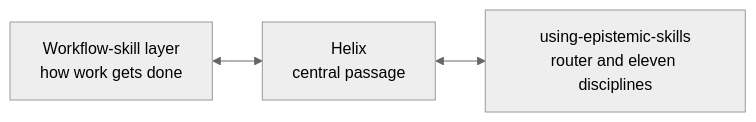
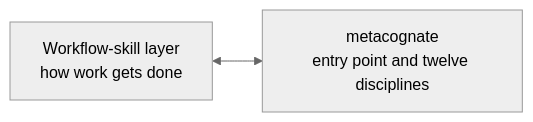
The first of 2 diagrams in README.md (ZMS-Labs/epistemic-skills), drawn with Mermaid (neutral theme) before and after one commit. The commit also changed other lines of this file and 17 other files, not shown here.

````diff
--- a/README.md
+++ b/README.md
@@ -106,5 +107,4 @@
 ```mermaid
 flowchart LR
-    W["Workflow-skill layer<br/>how work gets done"] <--> H["Helix<br/>central passage"]
-    H <--> E["using-epistemic-skills<br/>router and eleven disciplines"]
+    W["Workflow-skill layer<br/>how work gets done"] <--> M["metacognate<br/>entry point and twelve disciplines"]
 ```
````
